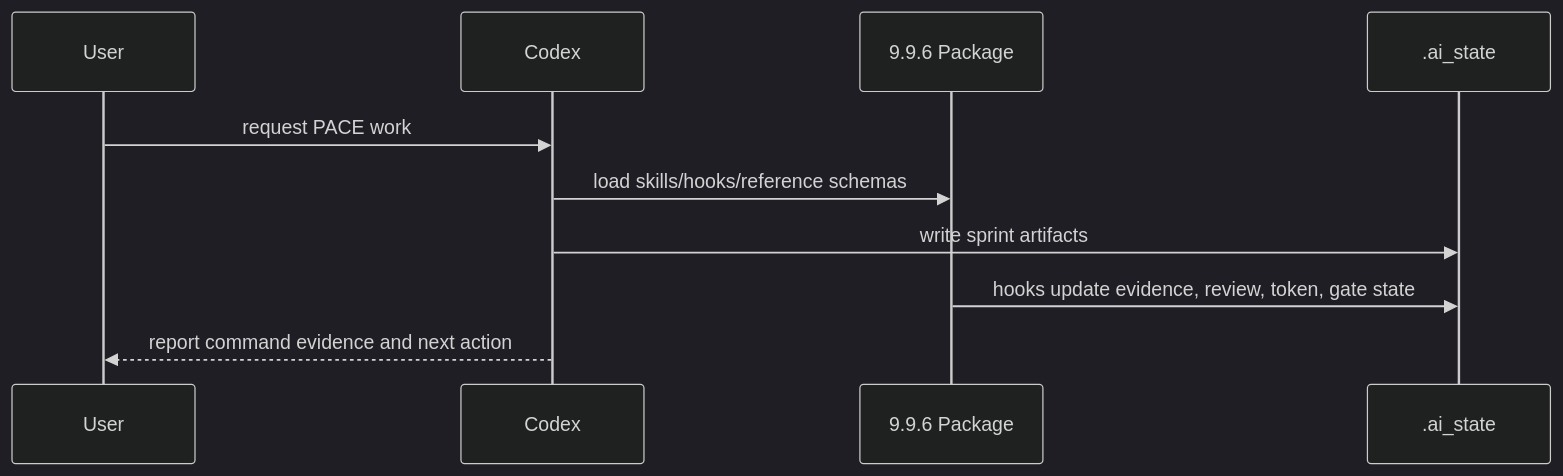
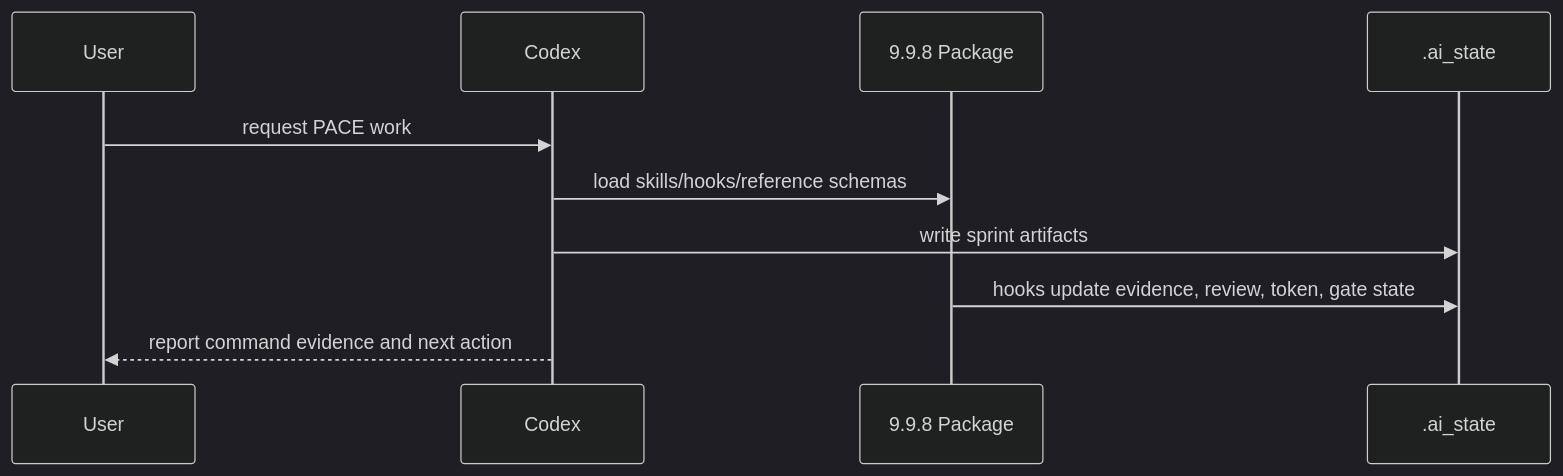
One commit to WenJunDuan/Rlues changed the second of 2 diagrams in .ai_state/architecture/ARCHITECTURE.md. Above: the diagram before and after it, drawn with Mermaid (dark theme). The commit also changed other lines of this file and 9 other files, not shown here.

````diff
--- a/.ai_state/architecture/ARCHITECTURE.md
+++ b/.ai_state/architecture/ARCHITECTURE.md
@@ -58,12 +59,12 @@
 ```mermaid
 sequenceDiagram
     participant User
     participant Codex
-    participant Package as 9.9.6 Package
+    participant Package as 9.9.8 Package
     participant State as .ai_state
     User->>Codex: request PACE work
     Codex->>Package: load skills/hooks/reference schemas
     Codex->>State: write sprint artifacts
     Package->>State: hooks update evidence, review, token, gate state
     Codex-->>User: report command evidence and next action
 ```
````
